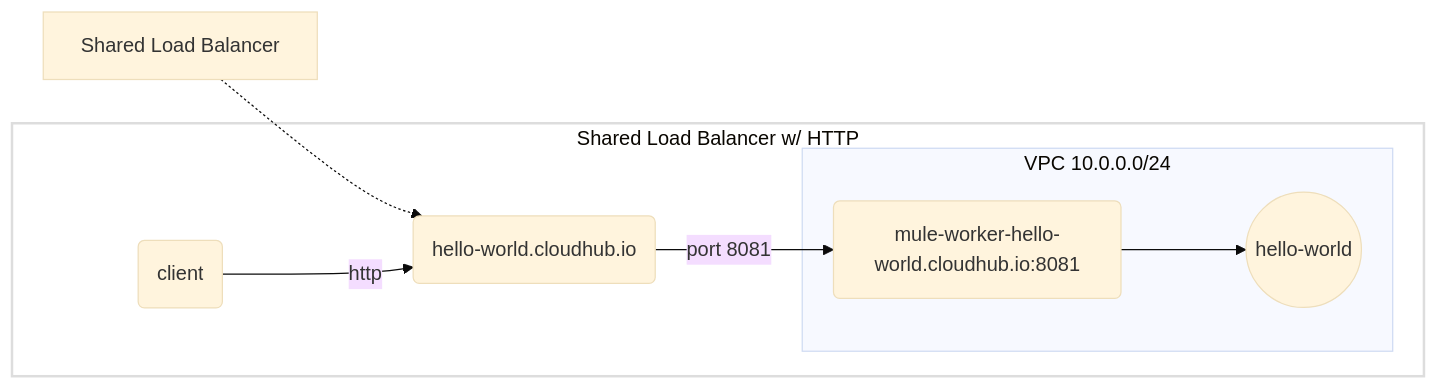
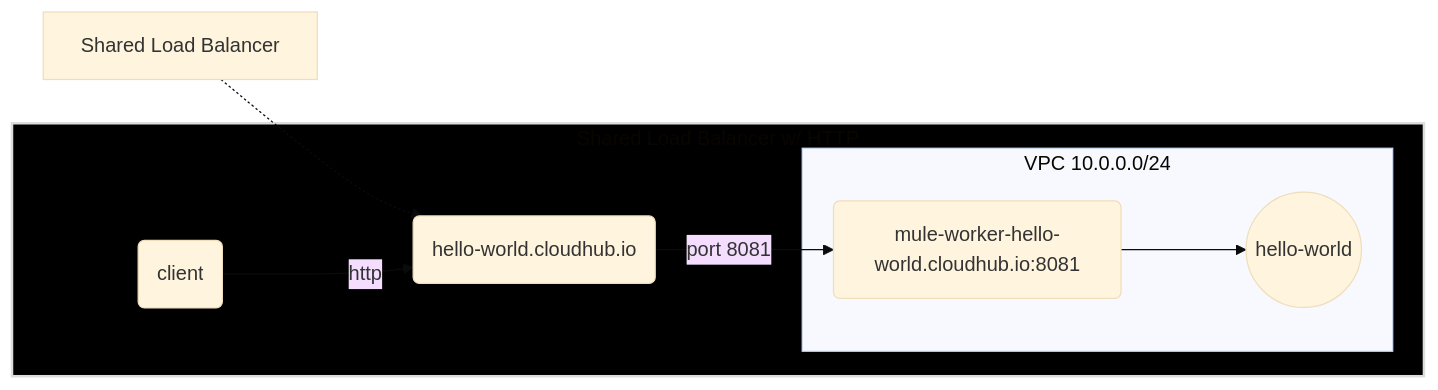
One commit to dhimate/dhimate.github.io changed the first of 5 diagrams in _posts/2021/2021-01-02-netcat-mulesoft-cloudhub.md. Above: the diagram before and after it, drawn with Mermaid (base theme). The commit also changed other lines of this file, not shown here.

Commit message:
Updated mermaid syntax

```diff
--- a/_posts/2021/2021-01-02-netcat-mulesoft-cloudhub.md
+++ b/_posts/2021/2021-01-02-netcat-mulesoft-cloudhub.md
@@ -27,12 +27,12 @@
 <pre class="mermaid">
 flowchart LR
    l1[Shared Load Balancer]-.->c1 
     subgraph A[Shared Load Balancer w/ HTTP]
         u(client)--http-->c1
         c1(hello-world.cloudhub.io<br/>)--port 8081-->a1
         subgraph VPC 10.0.0.0/24
         a1(mule-worker-hello-world.cloudhub.io:8081)--->id1((hello-world))
       end
     end
- style A fill:#FFF,stroke:#DDD,stroke-width:2px
+ style A fill:#000,stroke:#DDD,stroke-width:2px
 </pre>
```
